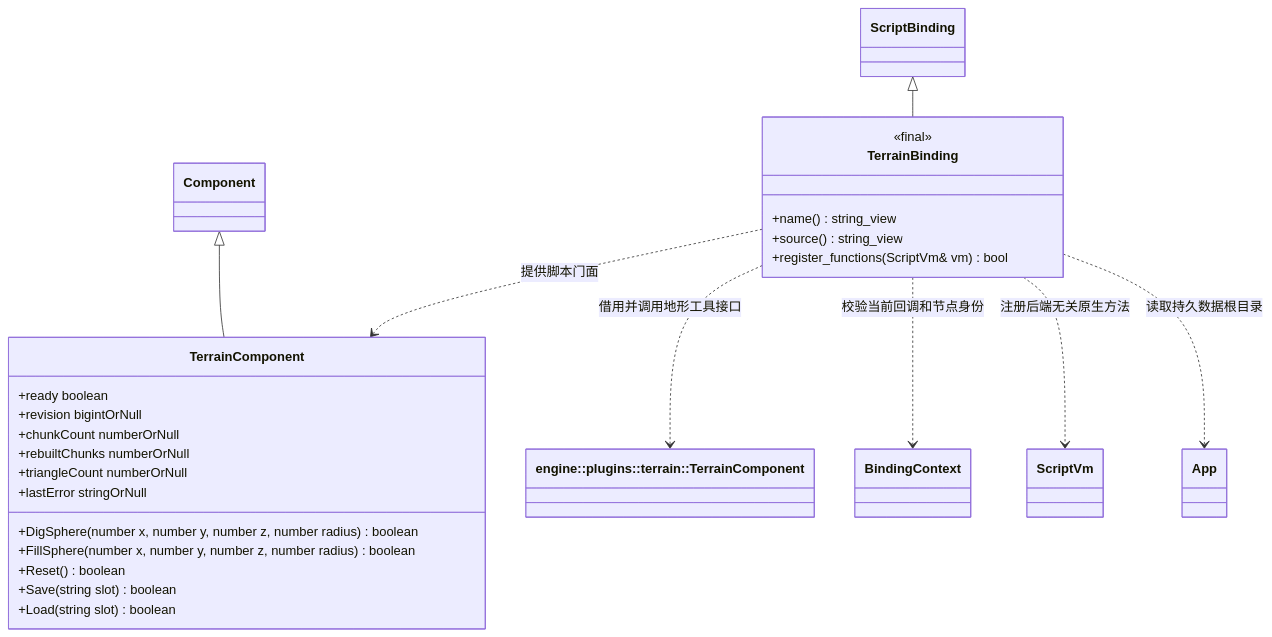
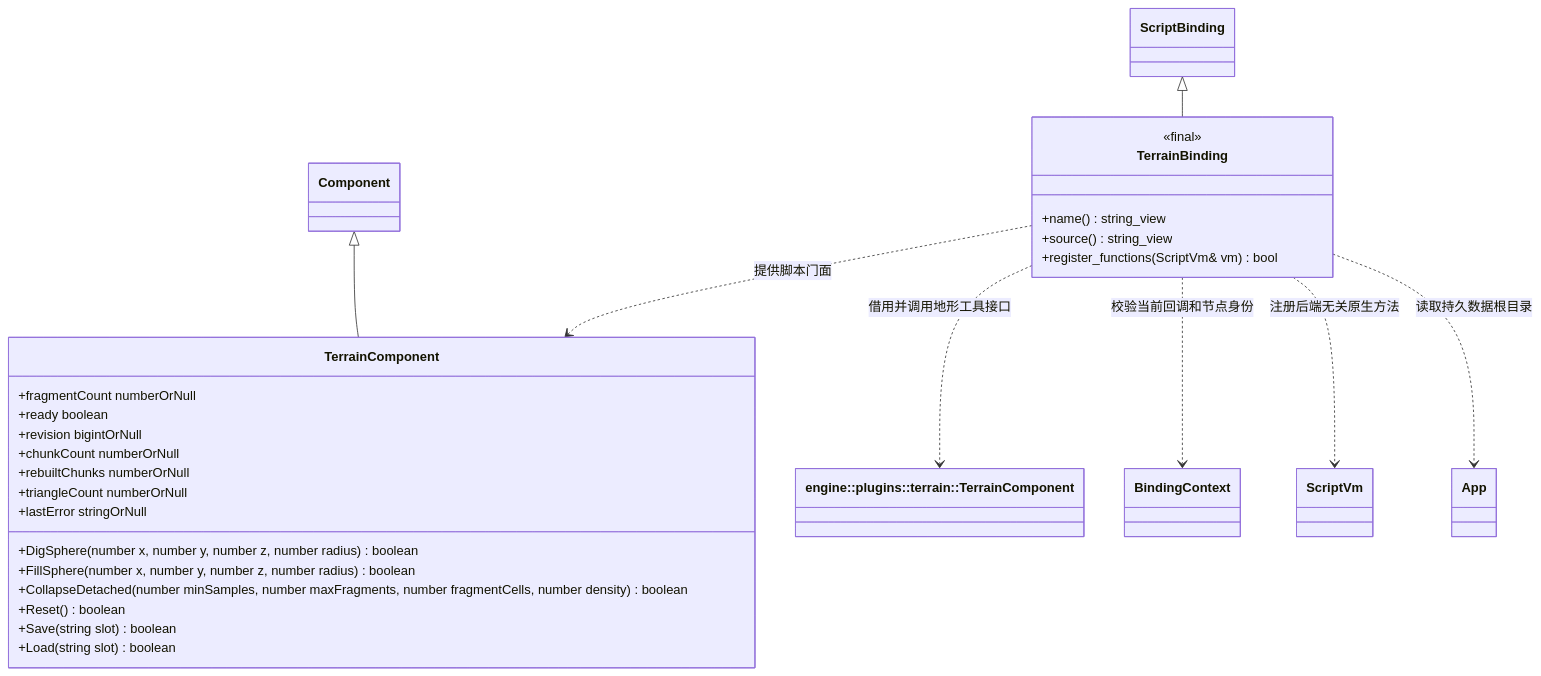
One commit to lcals/Engine changed the diagram in docs/plugins/runtime/class-diagrams/terrain-script-api.md. Above: the diagram before and after it, drawn with Mermaid. The commit also changed other lines of this file and 109 other files, not shown here.

````diff
--- a/docs/plugins/runtime/class-diagrams/terrain-script-api.md
+++ b/docs/plugins/runtime/class-diagrams/terrain-script-api.md
@@ -5,35 +5,37 @@
 ```mermaid
 classDiagram
     class Component
     class TerrainComponent {
         +DigSphere(number x, number y, number z, number radius) boolean
         +FillSphere(number x, number y, number z, number radius) boolean
+        +CollapseDetached(number minSamples, number maxFragments, number fragmentCells, number density) boolean
+        +fragmentCount numberOrNull
         +Reset() boolean
         +Save(string slot) boolean
         +Load(string slot) boolean
         +ready boolean
         +revision bigintOrNull
         +chunkCount numberOrNull
         +rebuiltChunks numberOrNull
         +triangleCount numberOrNull
         +lastError stringOrNull
     }
     class TerrainBinding {
         <<final>>
         +name() string_view
         +source() string_view
         +register_functions(ScriptVm& vm) bool
     }
     class ScriptBinding
     class ScriptVm
     class BindingContext
     class NativeTerrain["engine::plugins::terrain::TerrainComponent"]
     class App
     Component <|-- TerrainComponent
     ScriptBinding <|-- TerrainBinding
     TerrainBinding ..> TerrainComponent : 提供脚本门面
     TerrainBinding ..> NativeTerrain : 借用并调用地形工具接口
     TerrainBinding ..> BindingContext : 校验当前回调和节点身份
     TerrainBinding ..> ScriptVm : 注册后端无关原生方法
     TerrainBinding ..> App : 读取持久数据根目录
 ```
````
